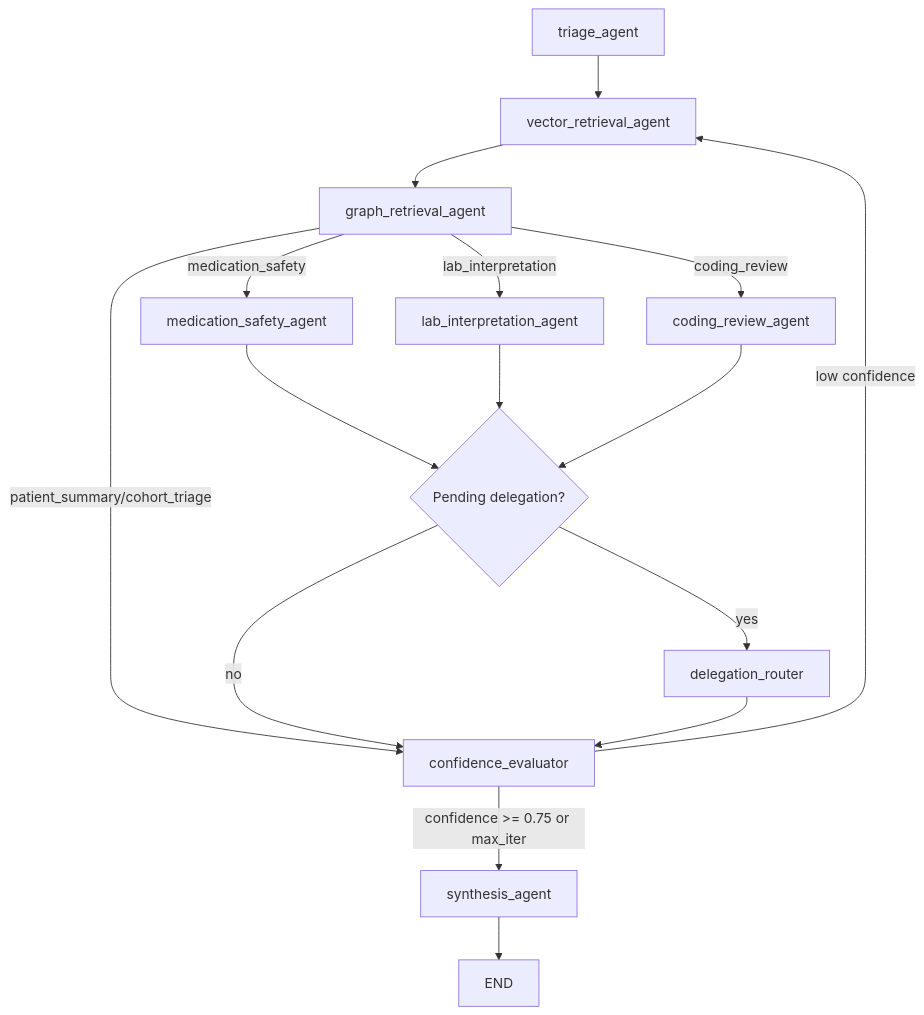
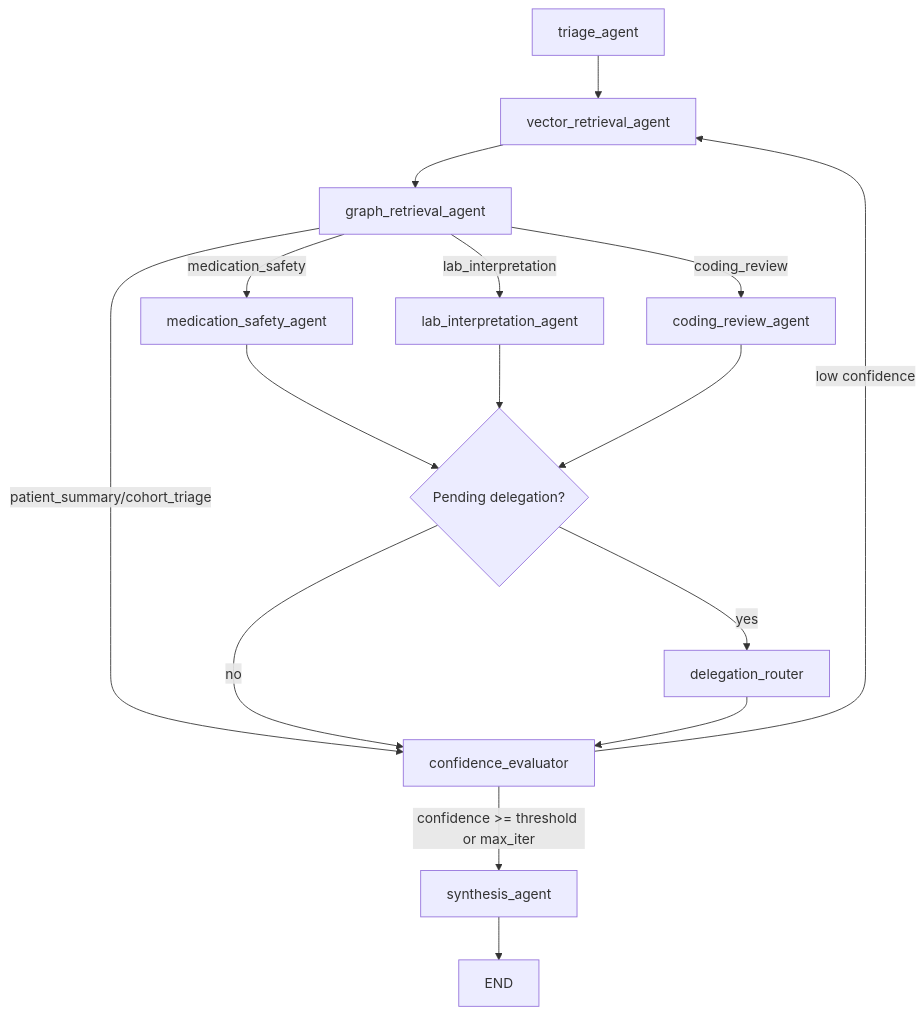
Before and after one commit to wchen-dea/Agentic-AI-Healthcare-GraphRAG: the diagram in docs/05_ai_agents.md, drawn with Mermaid. The commit also changed other lines of this file and 141 other files, not shown here.

````diff
--- a/docs/05_ai_agents.md
+++ b/docs/05_ai_agents.md
@@ -1030,18 +617,18 @@
 ```mermaid
 graph TD
     A[triage_agent] --> B[vector_retrieval_agent]
     B --> C[graph_retrieval_agent]
     C -->|medication_safety| D[medication_safety_agent]
     C -->|lab_interpretation| E[lab_interpretation_agent]
     C -->|coding_review| F[coding_review_agent]
     C -->|patient_summary/cohort_triage| G[confidence_evaluator]
     D --> J{Pending delegation?}
     E --> J
     F --> J
     J -->|yes| K[delegation_router]
     J -->|no| G
     K --> G
-    G -->|confidence >= 0.75 or max_iter| H[synthesis_agent]
+    G -->|confidence >= threshold or max_iter| H[synthesis_agent]
     G -->|low confidence| B
     H --> I[END]
 ```
````
